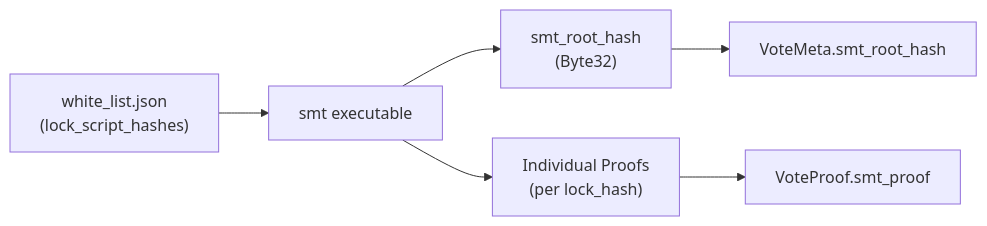
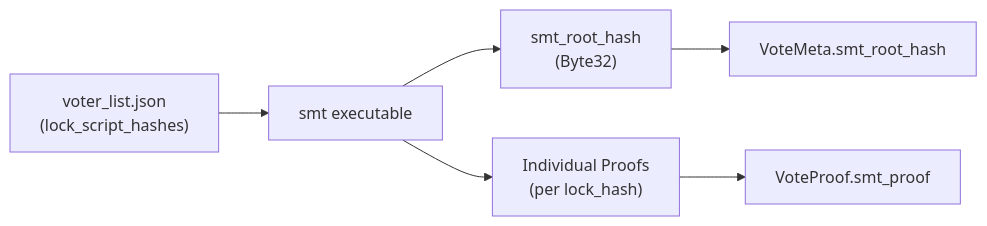
The fifth of 6 diagrams in content/docs/en/developer-docs/architecture/vote.mdx (CCF-DAO1-1/ccfdao-v1.1-docs), drawn with Mermaid before and after one commit. The commit also changed other lines of this file and 7 other files, not shown here.

First line of the commit message:
docs: replace 'whitelist' terminology with 'voter list' throughout documentation

````diff
--- a/content/docs/en/developer-docs/architecture/vote.mdx
+++ b/content/docs/en/developer-docs/architecture/vote.mdx
@@ -216,14 +216,14 @@
 ```mermaid
 graph LR
-    WhitelistJSON["white_list.json<br/>(lock_script_hashes)"]
+    VoterListJSON["voter_list.json<br/>(lock_script_hashes)"]
     SMTBuilder["smt executable"]
     SMTRoot["smt_root_hash<br/>(Byte32)"]
     Proofs["Individual Proofs<br/>(per lock_hash)"]
     
-    WhitelistJSON --> SMTBuilder
+    VoterListJSON --> SMTBuilder
     SMTBuilder --> SMTRoot
     SMTBuilder --> Proofs
     
     SMTRoot --> VoteMeta["VoteMeta.smt_root_hash"]
     Proofs --> VoteProof["VoteProof.smt_proof"]
 ```
````
